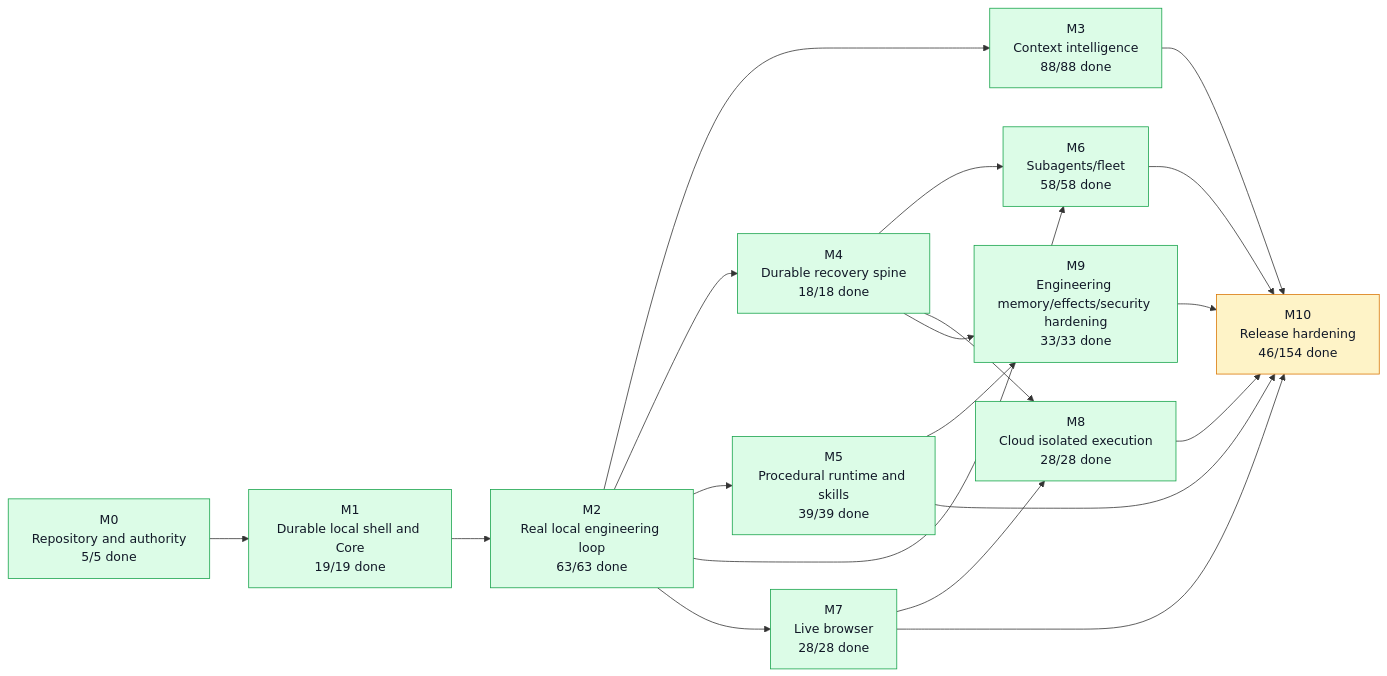
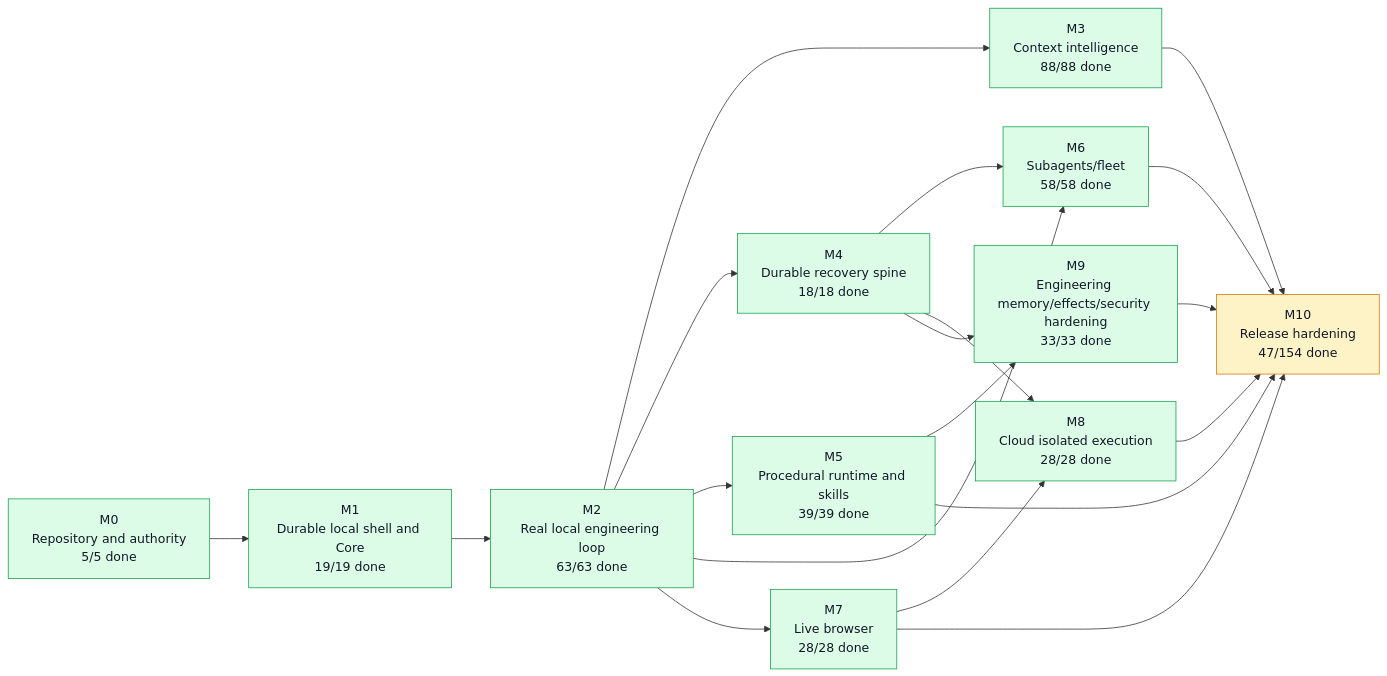
The first of 5 diagrams in graph/PROJECT_GRAPH.md (moss101/modbit), drawn with Mermaid before and after one commit. The commit also changed other lines of this file and 5 other files, not shown here.

````diff
--- a/graph/PROJECT_GRAPH.md
+++ b/graph/PROJECT_GRAPH.md
@@ -57,43 +57,43 @@
 ```mermaid
 flowchart LR
   M0["M0<br/>Repository and authority<br/>5/5 done"]
   M1["M1<br/>Durable local shell and Core<br/>19/19 done"]
   M2["M2<br/>Real local engineering loop<br/>63/63 done"]
   M3["M3<br/>Context intelligence<br/>88/88 done"]
   M4["M4<br/>Durable recovery spine<br/>18/18 done"]
   M5["M5<br/>Procedural runtime and skills<br/>39/39 done"]
   M6["M6<br/>Subagents/fleet<br/>58/58 done"]
   M7["M7<br/>Live browser<br/>28/28 done"]
   M8["M8<br/>Cloud isolated execution<br/>28/28 done"]
   M9["M9<br/>Engineering memory/effects/security hardening<br/>33/33 done"]
-  M10["M10<br/>Release hardening<br/>46/154 done"]
+  M10["M10<br/>Release hardening<br/>47/154 done"]
   M0 --> M1
   M1 --> M2
   M2 --> M3
   M2 --> M4
   M2 --> M5
   M2 --> M6
   M4 --> M6
   M2 --> M7
   M4 --> M8
   M7 --> M8
   M4 --> M9
   M5 --> M9
   M3 --> M10
   M5 --> M10
   M6 --> M10
   M7 --> M10
   M8 --> M10
   M9 --> M10
   style M0 fill:#dcfce7,stroke:#16a34a,color:#111827
   style M1 fill:#dcfce7,stroke:#16a34a,color:#111827
   style M2 fill:#dcfce7,stroke:#16a34a,color:#111827
   style M3 fill:#dcfce7,stroke:#16a34a,color:#111827
   style M4 fill:#dcfce7,stroke:#16a34a,color:#111827
   style M5 fill:#dcfce7,stroke:#16a34a,color:#111827
   style M6 fill:#dcfce7,stroke:#16a34a,color:#111827
   style M7 fill:#dcfce7,stroke:#16a34a,color:#111827
   style M8 fill:#dcfce7,stroke:#16a34a,color:#111827
   style M9 fill:#dcfce7,stroke:#16a34a,color:#111827
   style M10 fill:#fef3c7,stroke:#d97706,color:#111827
 ```
````
